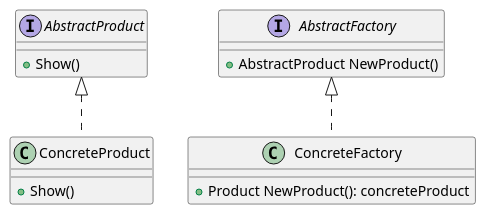
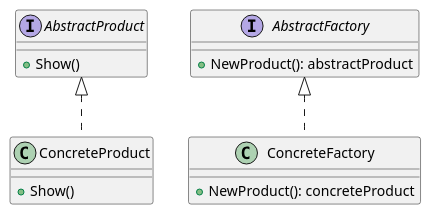
Before and after one commit to muliniao/golang-design-pattern: the diagram in 04_factory_method/factory_method.puml, drawn with PlantUML. The commit also changed 2 other files, not shown here.

Commit message:
update UML

```diff
--- a/04_factory_method/factory_method.puml
+++ b/04_factory_method/factory_method.puml
@@ -1,23 +1,23 @@
 @startuml
 'https://plantuml.com/class-diagram
 
 interface AbstractProduct {
 + Show()
 }
 
 class ConcreteProduct {
 + Show()
 }
 
 interface AbstractFactory {
-+ AbstractProduct NewProduct()
++ NewProduct(): abstractProduct
 }
 
 class ConcreteFactory {
-+ Product NewProduct(): concreteProduct
++ NewProduct(): concreteProduct
 }
 
 AbstractProduct <|.. ConcreteProduct
 AbstractFactory <|.. ConcreteFactory
 
 @enduml
```
